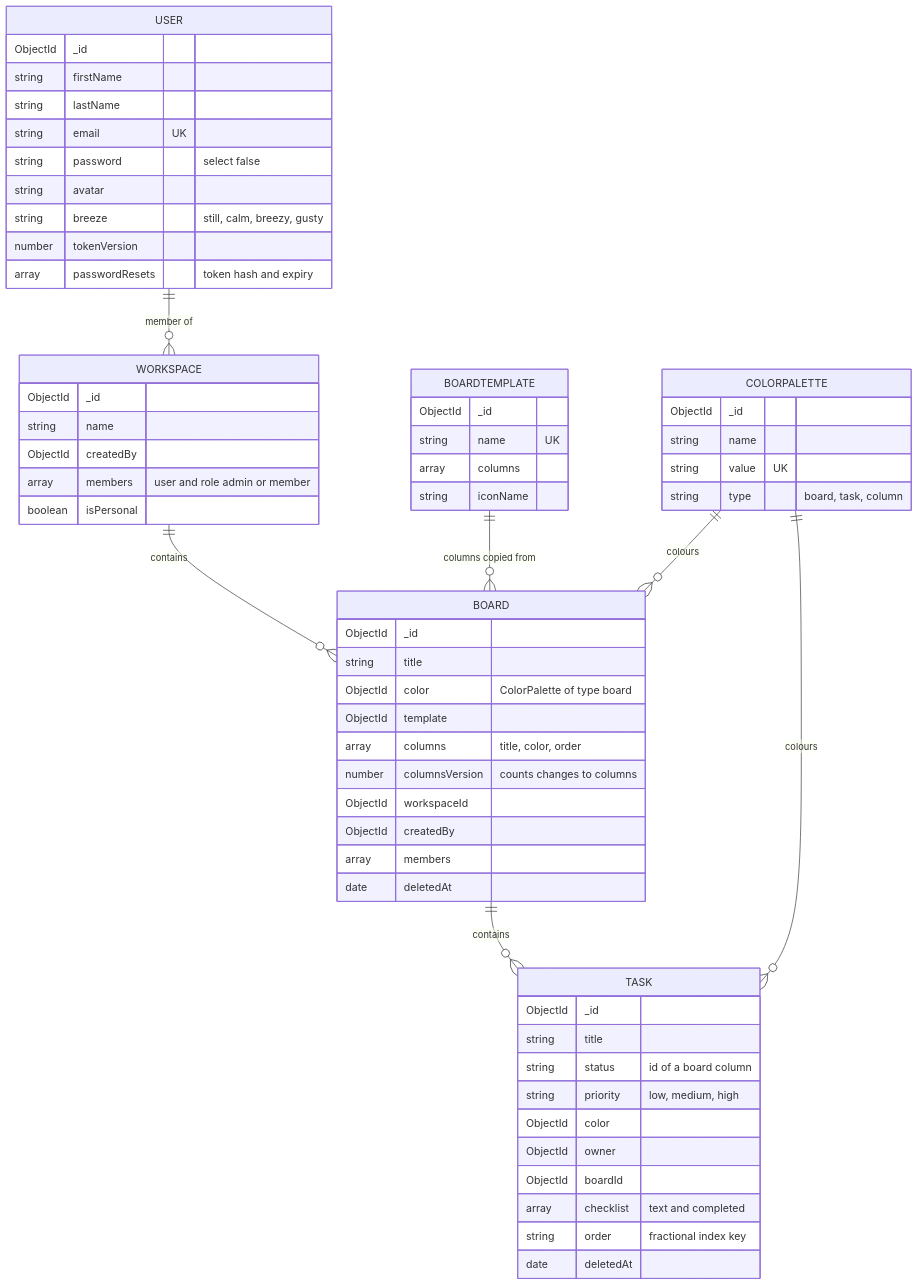
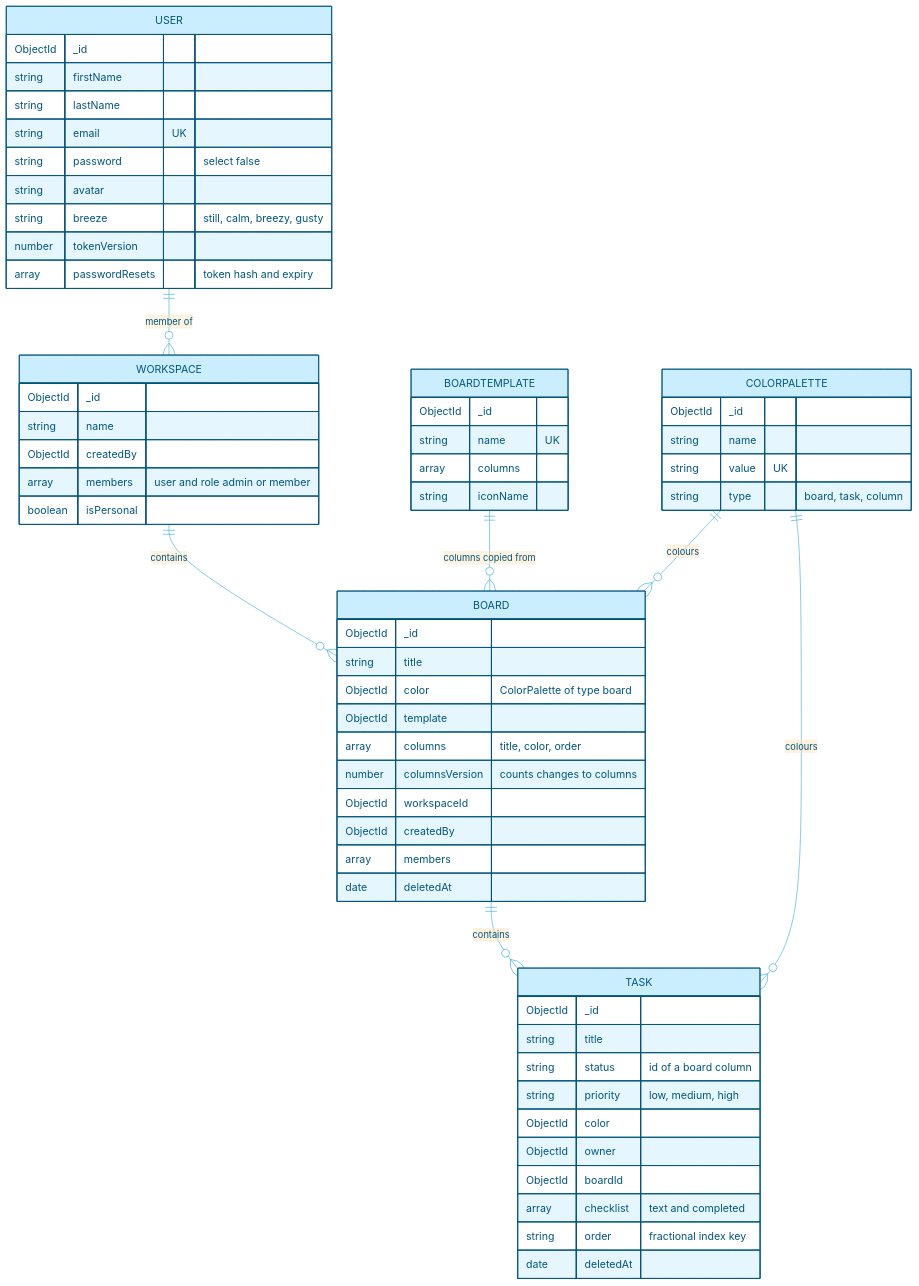
One commit to kfeuerschvenger/BreezyBoard changed the fourth of 6 diagrams in docs/ARCHITECTURE.md. Above: the diagram before and after it, drawn with Mermaid. The commit also changed other lines of this file and 6 other files, not shown here.

Commit message:
docs: split the deep docs into architecture, environment, testing, CI, API and roadmap

````diff
--- a/docs/ARCHITECTURE.md
+++ b/docs/ARCHITECTURE.md
@@ -109,63 +134,64 @@
 ```mermaid
+%%{init: {"theme": "base", "themeVariables": {"fontFamily": "Segoe UI, Helvetica, Arial, sans-serif", "primaryColor": "#cbeeff", "primaryBorderColor": "#00557e", "primaryTextColor": "#00557e", "secondaryColor": "#bef4f1", "secondaryBorderColor": "#005d5b", "tertiaryColor": "#fbe5bf", "lineColor": "#46b1e3", "textColor": "#2f7fa8", "attributeBackgroundColorOdd": "#f1faff", "attributeBackgroundColorEven": "#ffffff"}}}%%
 erDiagram
   USER {
     ObjectId _id
     string firstName
     string lastName
     string email UK
     string password "select false"
     string avatar
     string breeze "still, calm, breezy, gusty"
     number tokenVersion
     array passwordResets "token hash and expiry"
   }
   WORKSPACE {
     ObjectId _id
     string name
     ObjectId createdBy
     array members "user and role admin or member"
     boolean isPersonal
   }
   BOARD {
     ObjectId _id
     string title
     ObjectId color "ColorPalette of type board"
     ObjectId template
     array columns "title, color, order"
     number columnsVersion "counts changes to columns"
     ObjectId workspaceId
     ObjectId createdBy
     array members
     date deletedAt
   }
   TASK {
     ObjectId _id
     string title
     string status "id of a board column"
     string priority "low, medium, high"
     ObjectId color
     ObjectId owner
     ObjectId boardId
     array checklist "text and completed"
     string order "fractional index key"
     date deletedAt
   }
   COLORPALETTE {
     ObjectId _id
     string name
     string value UK
     string type "board, task, column"
   }
   BOARDTEMPLATE {
     ObjectId _id
     string name UK
     array columns
     string iconName
   }
   USER ||--o{ WORKSPACE : "member of"
   WORKSPACE ||--o{ BOARD : contains
   BOARD ||--o{ TASK : contains
   BOARDTEMPLATE ||--o{ BOARD : "columns copied from"
   COLORPALETTE ||--o{ BOARD : colours
   COLORPALETTE ||--o{ TASK : colours
 ```
````
